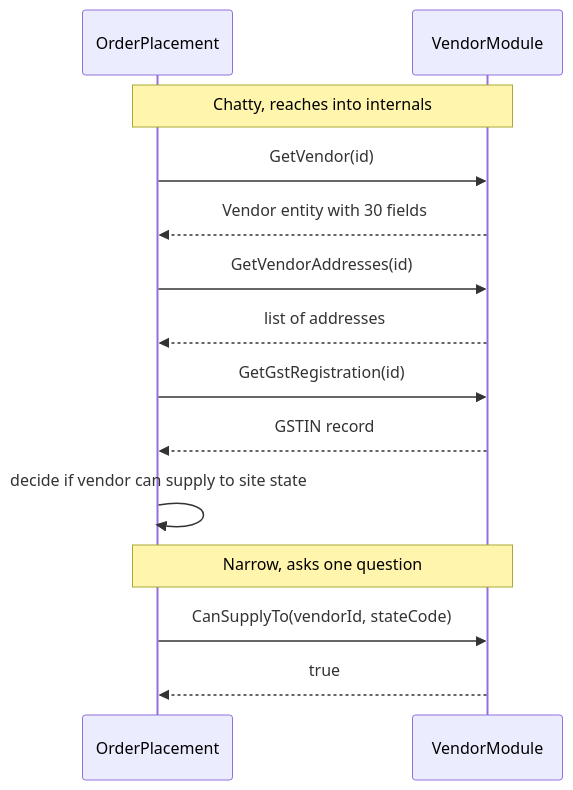
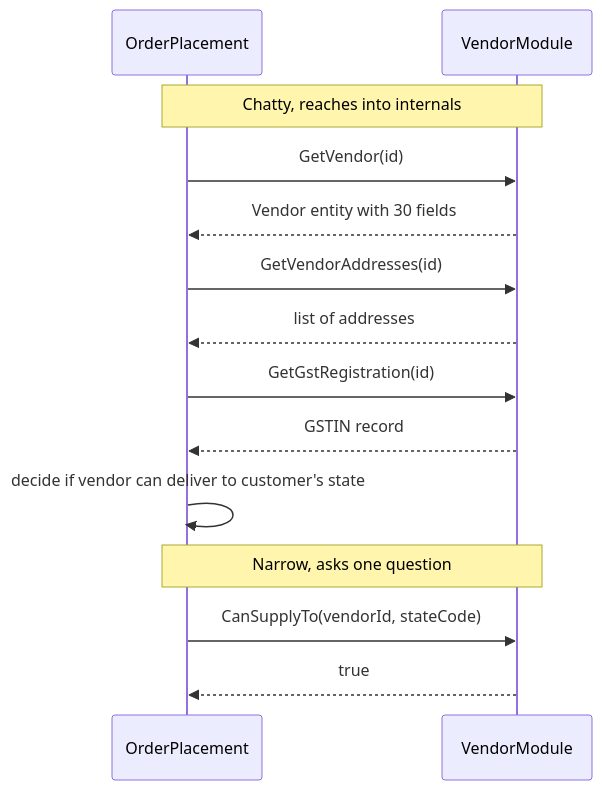
One commit to rizwi0786/system-design-lab changed the third of 4 diagrams in content/lessons/m02/m02-coupling-cohesion.md. Above: the diagram before and after it, drawn with Mermaid. The commit also changed other lines of this file and 334 other files, not shown here.

````diff
--- a/content/lessons/m02/m02-coupling-cohesion.md
+++ b/content/lessons/m02/m02-coupling-cohesion.md
@@ -241,16 +241,16 @@
 ```mermaid
 sequenceDiagram
     participant O as OrderPlacement
     participant V as VendorModule
     Note over O,V: Chatty, reaches into internals
     O->>V: GetVendor(id)
     V-->>O: Vendor entity with 30 fields
     O->>V: GetVendorAddresses(id)
     V-->>O: list of addresses
     O->>V: GetGstRegistration(id)
     V-->>O: GSTIN record
-    O->>O: decide if vendor can supply to site state
+    O->>O: decide if vendor can deliver to customer's state
     Note over O,V: Narrow, asks one question
     O->>V: CanSupplyTo(vendorId, stateCode)
     V-->>O: true
 ```
````
